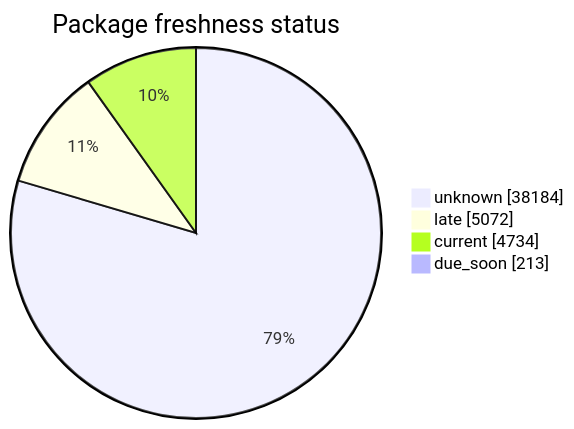
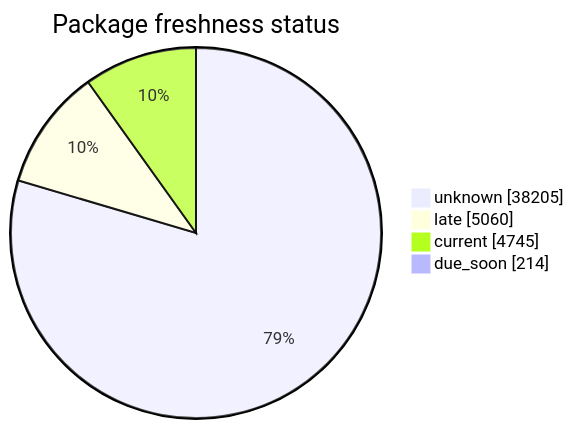
One commit to open-data/analytics-corporate-reporting changed the second of 5 diagrams in FreshCheck/README.md. Above: the diagram before and after it, drawn with Mermaid. The commit also changed other lines of this file and 3 other files, not shown here.

````diff
--- a/FreshCheck/README.md
+++ b/FreshCheck/README.md
@@ -68,7 +68,7 @@
 ```mermaid
 pie showData title Package freshness status
-    "unknown": 38184
-    "late": 5072
-    "current": 4734
-    "due_soon": 213
+    "unknown": 38205
+    "late": 5060
+    "current": 4745
+    "due_soon": 214
 ```
````
